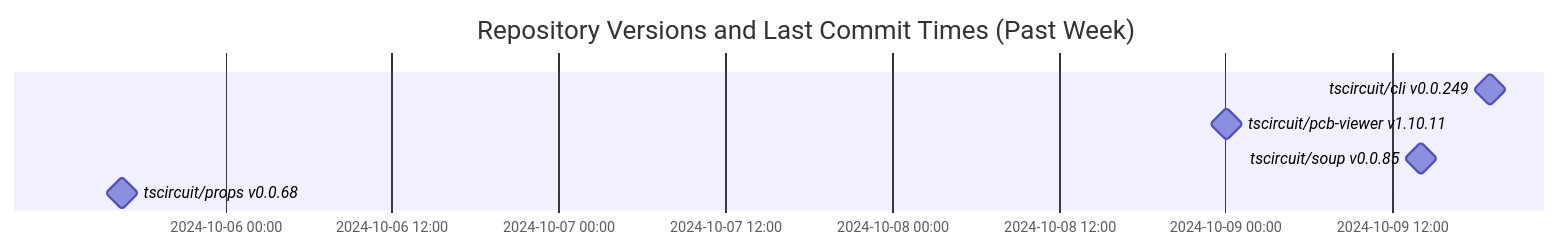
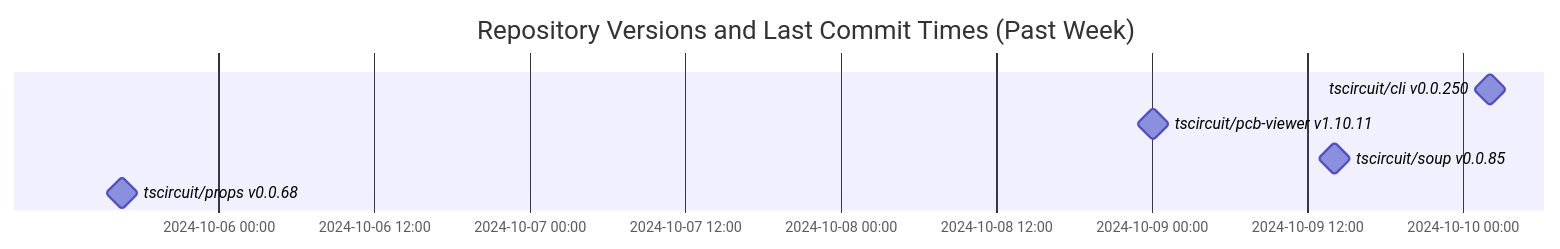
One commit to tscircuit/version-tracker changed the diagram in README.md. Above: the diagram before and after it, drawn with Mermaid.

Commit message:
Update chart

````diff
--- a/README.md
+++ b/README.md
@@ -1,11 +1,11 @@
 ```mermaid
 gantt
   dateFormat  YYYY-MM-DD HH:mm:ss
   title Repository Versions and Last Commit Times (Past Week)
   axisFormat %Y-%m-%d %H:%M
 
-  tscircuit/cli v0.0.249 : milestone, 2024-10-09 19:01:34, 1s
+  tscircuit/cli v0.0.250 : milestone, 2024-10-10 02:04:40, 1s
   tscircuit/pcb-viewer v1.10.11 : milestone, 2024-10-09 00:04:47, 1s
   tscircuit/soup v0.0.85 : milestone, 2024-10-09 14:03:06, 1s
   tscircuit/props v0.0.68 : milestone, 2024-10-05 16:34:46, 1s
 ```
````
